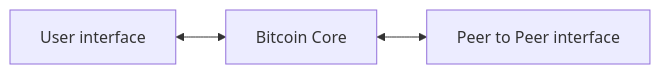
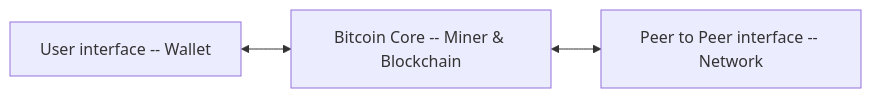
Before and after one commit to cainsusk/BitcoinCore-Architecture: the fourth of 6 diagrams in A1/a1presentation.md, drawn with Mermaid. The commit also changed other lines of this file and 1 other file, not shown here.

````diff
--- a/A1/a1presentation.md
+++ b/A1/a1presentation.md
@@ -117,9 +119,9 @@
 ```mermaid
 flowchart LR;
-        UI[User interface]
-        BC[Bitcoin Core]
-        PP[Peer to Peer interface]
+        UI[User interface -- Wallet]
+        BC[Bitcoin Core -- Miner & Blockchain]
+        PP[Peer to Peer interface -- Network]
 
         UI <--> BC
         BC <--> PP
 ```
````
